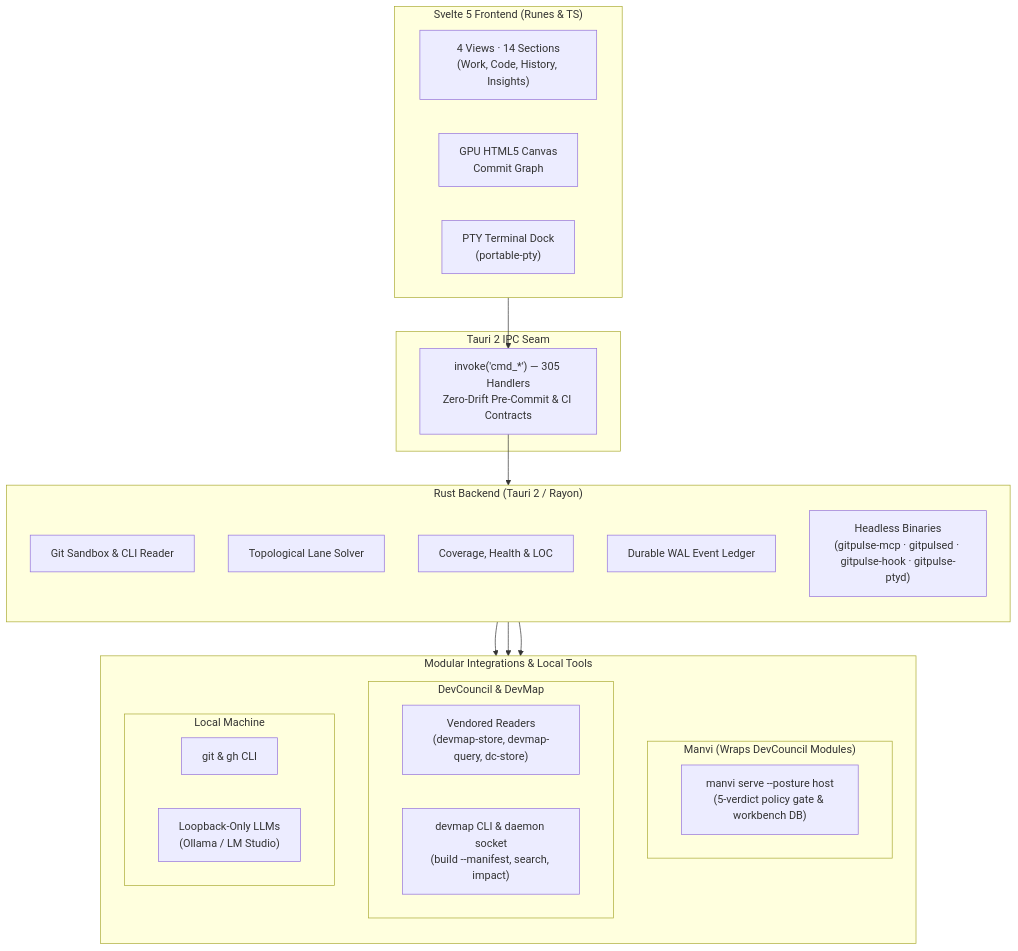
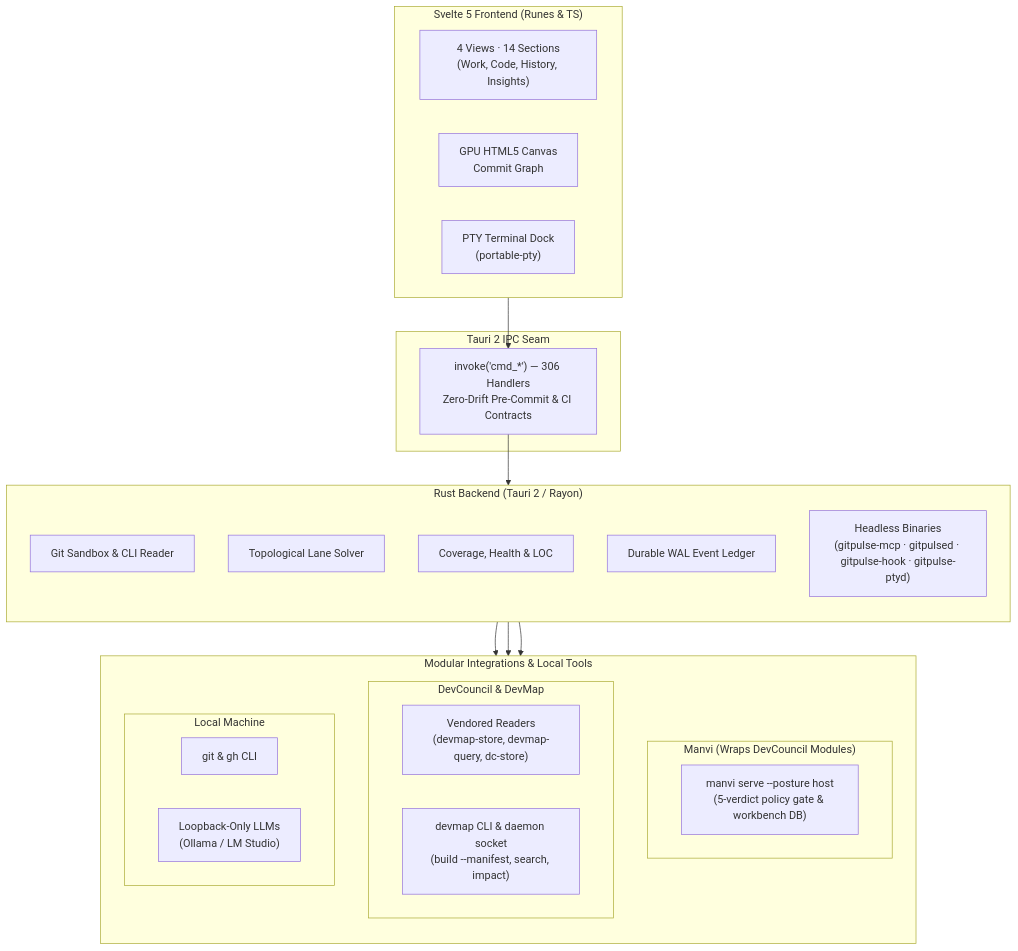
The diagram in README.md (bharathvbcr/GitPulse), drawn with Mermaid before and after one commit. The commit also changed 11 other files, not shown here.

Commit message:
feat(ipc): a superseded graph or diff read tells the backend when its last caller has gone

````diff
--- a/README.md
+++ b/README.md
@@ -126,43 +126,43 @@
 ```mermaid
 flowchart TB
     subgraph Frontend["Svelte 5 Frontend (Runes & TS)"]
         direction LR
         Views["4 Views · 14 Sections<br/>(Work, Code, History, Insights)"]
         Canvas["GPU HTML5 Canvas<br/>Commit Graph"]
         TerminalDock["PTY Terminal Dock<br/>(portable-pty)"]
     end
 
     subgraph IPC["Tauri 2 IPC Seam"]
-        Bridge["invoke('cmd_*') — 305 Handlers<br/>Zero-Drift Pre-Commit & CI Contracts"]
+        Bridge["invoke('cmd_*') — 306 Handlers<br/>Zero-Drift Pre-Commit & CI Contracts"]
     end
 
     subgraph Backend["Rust Backend (Tauri 2 / Rayon)"]
         direction TB
         GitEngine["Git Sandbox & CLI Reader"]
         LaneSolver["Topological Lane Solver"]
         Analyzers["Coverage, Health & LOC"]
         Ledger["Durable WAL Event Ledger"]
         Headless["Headless Binaries<br/>(gitpulse-mcp · gitpulsed · gitpulse-hook · gitpulse-ptyd)"]
     end
 
     subgraph Integrations["Modular Integrations & Local Tools"]
         direction TB
         subgraph ManviWrap["Manvi (Wraps DevCouncil Modules)"]
             ManviSidecar["manvi serve --posture host<br/>(5-verdict policy gate & workbench DB)"]
         end
         subgraph DevCouncilMods["DevCouncil & DevMap"]
             Vendored["Vendored Readers<br/>(devmap-store, devmap-query, dc-store)"]
             DevMapCLI["devmap CLI & daemon socket<br/>(build --manifest, search, impact)"]
         end
         subgraph LocalTools["Local Machine"]
             CLI["git & gh CLI"]
             LocalLLM["Loopback-Only LLMs<br/>(Ollama / LM Studio)"]
         end
     end
 
     Frontend --> Bridge
     Bridge --> Backend
     Backend --> ManviWrap
     Backend --> DevCouncilMods
     Backend --> LocalTools
 ```
````
